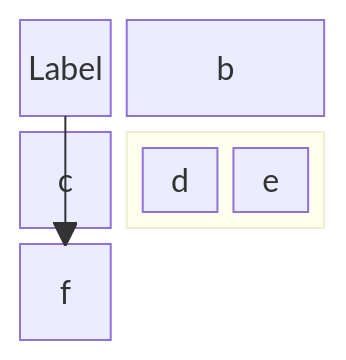
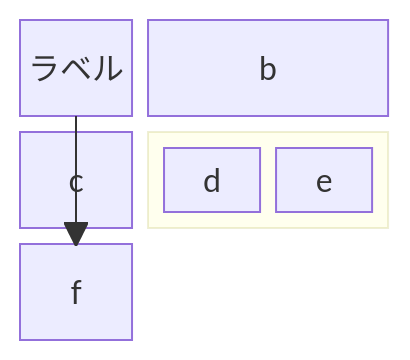
The second of 7 diagrams in .config/claude/skills/diagram/references/patterns.md (iimuz/dotfiles), drawn with Mermaid before and after one commit. The commit also changed other lines of this file and 7 other files, not shown here.

Commit message:
docs: js-page-fetch、qmd、subagent-first、gh-ops、diagram に残る英語を日本語にする

````diff
--- a/.config/claude/skills/diagram/references/patterns.md
+++ b/.config/claude/skills/diagram/references/patterns.md
@@ -30,11 +30,11 @@
 ```mermaid
 block
   columns 3
-  a["Label"] b:2 c
+  a["ラベル"] b:2 c
   block:group1:2
     columns 2
     d e
   end
   f
   a --> f
 ```
````
